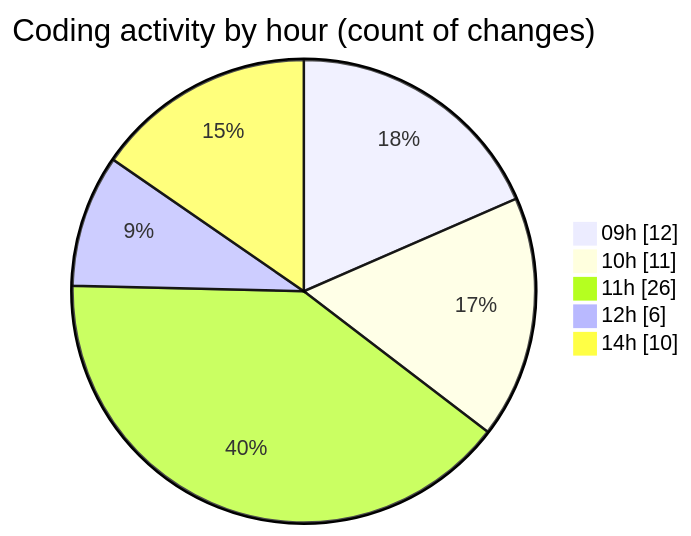
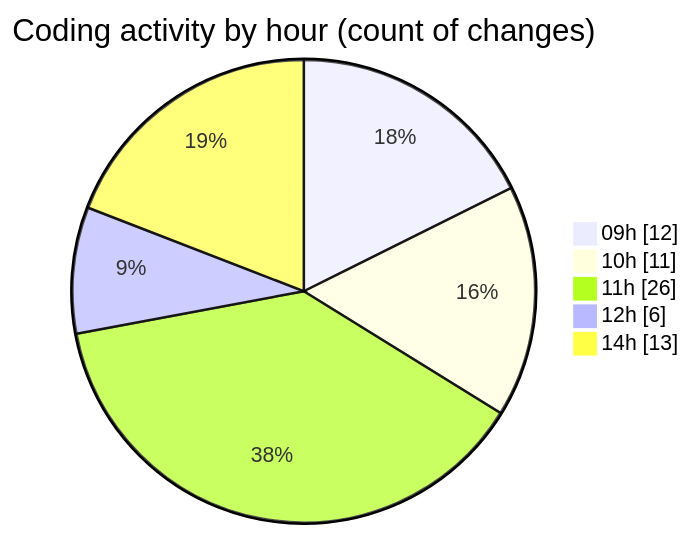
Before and after one commit to momahboobian/code-tracking: the second of 2 diagrams in 2025-09-26/cda/README.md, drawn with Mermaid. The commit also changed other lines of this file and 1 other file, not shown here.

````diff
--- a/2025-09-26/cda/README.md
+++ b/2025-09-26/cda/README.md
@@ -40,9 +41,9 @@
 ```mermaid
 pie showData
 title Coding activity by hour (count of changes)
 "09h" : 12
 "10h" : 11
 "11h" : 26
 "12h" : 6
-"14h" : 10
+"14h" : 13
 ```
````
